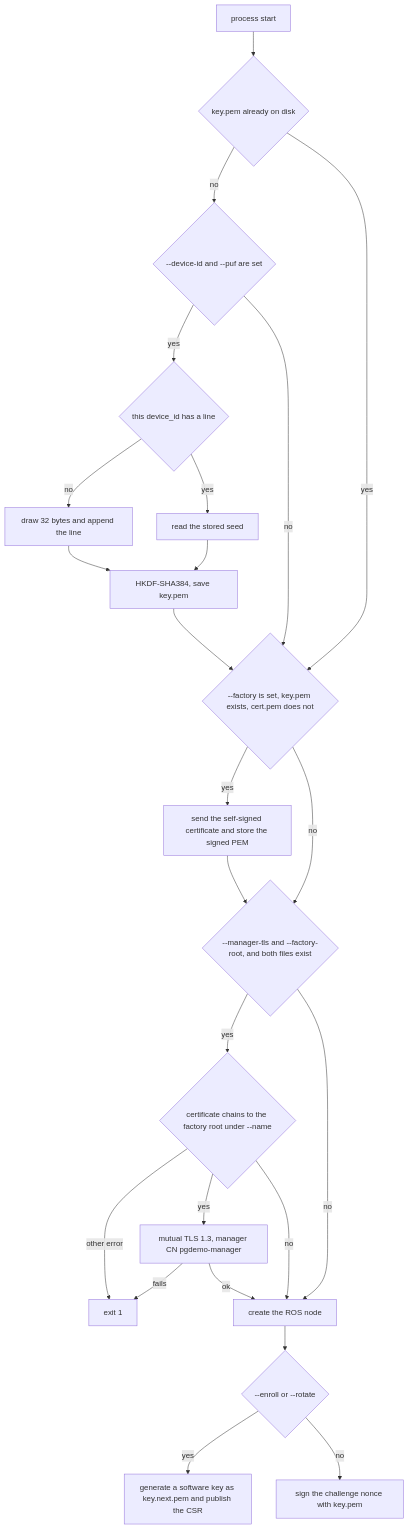
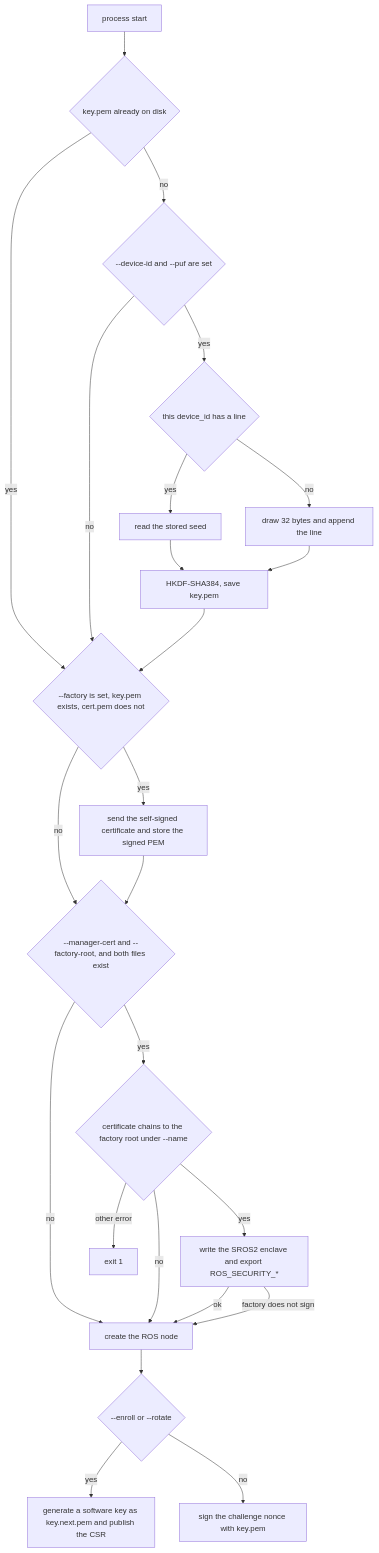
Before and after one commit to jgmatu/postgresql: the second of 2 diagrams in device/README.md, drawn with Mermaid. The commit also changed other lines of this file and 10 other files, not shown here.

First line of the commit message:
Describe SROS2 as the factory admission and the manager CRL as a ROS topic.

````diff
--- a/device/README.md
+++ b/device/README.md
@@ -84,44 +86,44 @@
 ```mermaid
 flowchart TD
     start[process start]
     haveKey{"key.pem already on disk"}
     puf{"--device-id and --puf are set"}
     known{"this device_id has a line"}
     draw["draw 32 bytes and append the line"]
     readSeed[read the stored seed]
     derive["HKDF-SHA384, save key.pem"]
     needCert{"--factory is set, key.pem exists, cert.pem does not"}
     ask["send the self-signed certificate and store the signed PEM"]
-    canShake{"--manager-tls and --factory-root, and both files exist"}
+    canShake{"--manager-cert and --factory-root, and both files exist"}
     chains{"certificate chains to the factory root under --name"}
-    shake["mutual TLS 1.3, manager CN pgdemo-manager"]
+    shake["write the SROS2 enclave and export ROS_SECURITY_*"]
     stop[exit 1]
     node[create the ROS node]
     enroll{"--enroll or --rotate"}
     csr["generate a software key as key.next.pem and publish the CSR"]
     proof["sign the challenge nonce with key.pem"]
 
     start --> haveKey
     haveKey -->|yes| needCert
     haveKey -->|no| puf
     puf -->|no| needCert
     puf -->|yes| known
     known -->|yes| readSeed
     known -->|no| draw
     readSeed --> derive
     draw --> derive
     derive --> needCert
     needCert -->|yes| ask
     needCert -->|no| canShake
     ask --> canShake
     canShake -->|no| node
     canShake -->|yes| chains
     chains -->|yes| shake
     chains -->|no| node
     shake -->|ok| node
-    shake -->|fails| stop
+    shake -->|"factory does not sign"| node
     chains -->|other error| stop
     node --> enroll
     enroll -->|yes| csr
     enroll -->|no| proof
 ```
````
